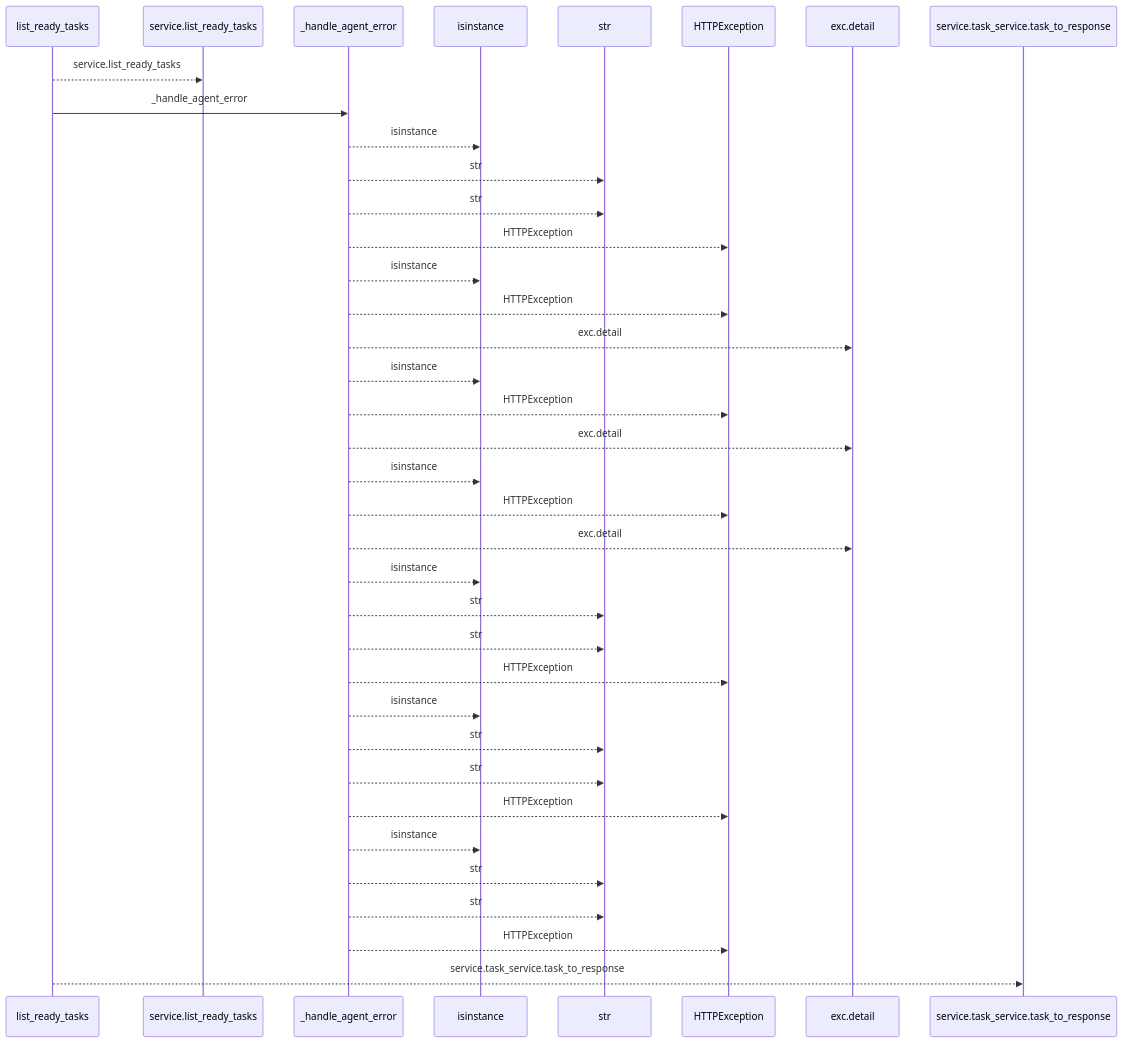
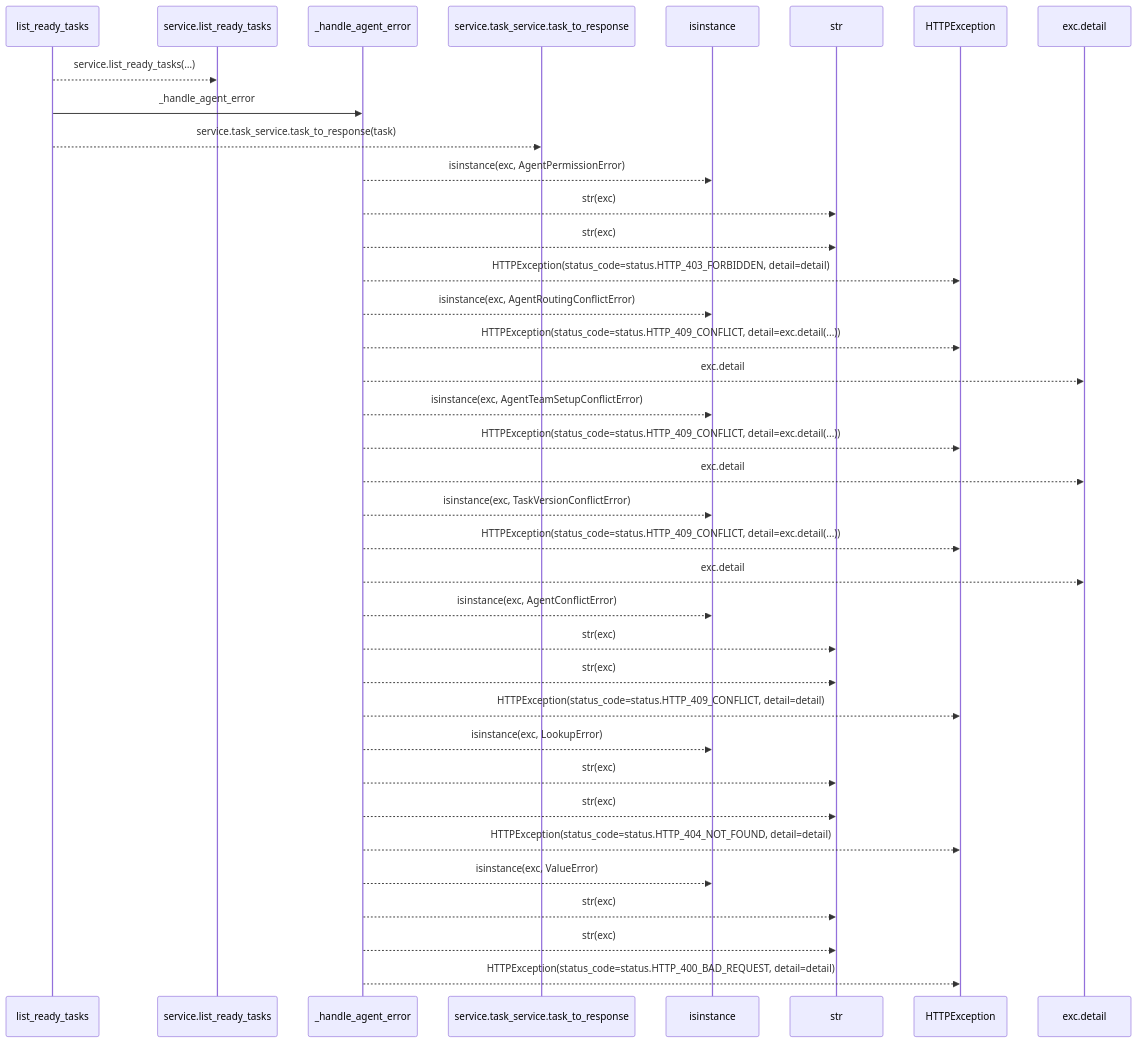
Before and after one commit to Denissvgn/WorkChord: the first of 2 diagrams in docs/llm_wiki/flows/http-list_ready_tasks.md, drawn with Mermaid. The commit also changed other lines of this file and 25171 other files, not shown here.

````diff
--- a/docs/llm_wiki/flows/http-list_ready_tasks.md
+++ b/docs/llm_wiki/flows/http-list_ready_tasks.md
@@ -10,39 +12,39 @@
 ```mermaid
 sequenceDiagram
     participant p0 as list_ready_tasks
     participant p1 as service.list_ready_tasks
     participant p2 as _handle_agent_error
-    participant p3 as isinstance
-    participant p4 as str
-    participant p5 as HTTPException
-    participant p6 as exc.detail
-    participant p7 as service.task_service.task_to_response
-    p0-->>p1: service.list_ready_tasks
+    participant p3 as service.task_service.task_to_response
+    participant p4 as isinstance
+    participant p5 as str
+    participant p6 as HTTPException
+    participant p7 as exc.detail
+    p0-->>p1: service.list_ready_tasks(…)
     p0->>p2: _handle_agent_error
-    p2-->>p3: isinstance
-    p2-->>p4: str
-    p2-->>p4: str
-    p2-->>p5: HTTPException
-    p2-->>p3: isinstance
-    p2-->>p5: HTTPException
-    p2-->>p6: exc.detail
-    p2-->>p3: isinstance
-    p2-->>p5: HTTPException
-    p2-->>p6: exc.detail
-    p2-->>p3: isinstance
-    p2-->>p5: HTTPException
-    p2-->>p6: exc.detail
-    p2-->>p3: isinstance
-    p2-->>p4: str
-    p2-->>p4: str
-    p2-->>p5: HTTPException
-    p2-->>p3: isinstance
-    p2-->>p4: str
-    p2-->>p4: str
-    p2-->>p5: HTTPException
-    p2-->>p3: isinstance
-    p2-->>p4: str
-    p2-->>p4: str
-    p2-->>p5: HTTPException
-    p0-->>p7: service.task_service.task_to_response
+    p0-->>p3: service.task_service.task_to_response(task)
+    p2-->>p4: isinstance(exc, AgentPermissionError)
+    p2-->>p5: str(exc)
+    p2-->>p5: str(exc)
+    p2-->>p6: HTTPException(status_code=status.HTTP_403_FORBIDDEN, detail=detail)
+    p2-->>p4: isinstance(exc, AgentRoutingConflictError)
+    p2-->>p6: HTTPException(status_code=status.HTTP_409_CONFLICT, detail=exc.detail(...))
+    p2-->>p7: exc.detail
+    p2-->>p4: isinstance(exc, AgentTeamSetupConflictError)
+    p2-->>p6: HTTPException(status_code=status.HTTP_409_CONFLICT, detail=exc.detail(...))
+    p2-->>p7: exc.detail
+    p2-->>p4: isinstance(exc, TaskVersionConflictError)
+    p2-->>p6: HTTPException(status_code=status.HTTP_409_CONFLICT, detail=exc.detail(...))
+    p2-->>p7: exc.detail
+    p2-->>p4: isinstance(exc, AgentConflictError)
+    p2-->>p5: str(exc)
+    p2-->>p5: str(exc)
+    p2-->>p6: HTTPException(status_code=status.HTTP_409_CONFLICT, detail=detail)
+    p2-->>p4: isinstance(exc, LookupError)
+    p2-->>p5: str(exc)
+    p2-->>p5: str(exc)
+    p2-->>p6: HTTPException(status_code=status.HTTP_404_NOT_FOUND, detail=detail)
+    p2-->>p4: isinstance(exc, ValueError)
+    p2-->>p5: str(exc)
+    p2-->>p5: str(exc)
+    p2-->>p6: HTTPException(status_code=status.HTTP_400_BAD_REQUEST, detail=detail)
 ```
````
